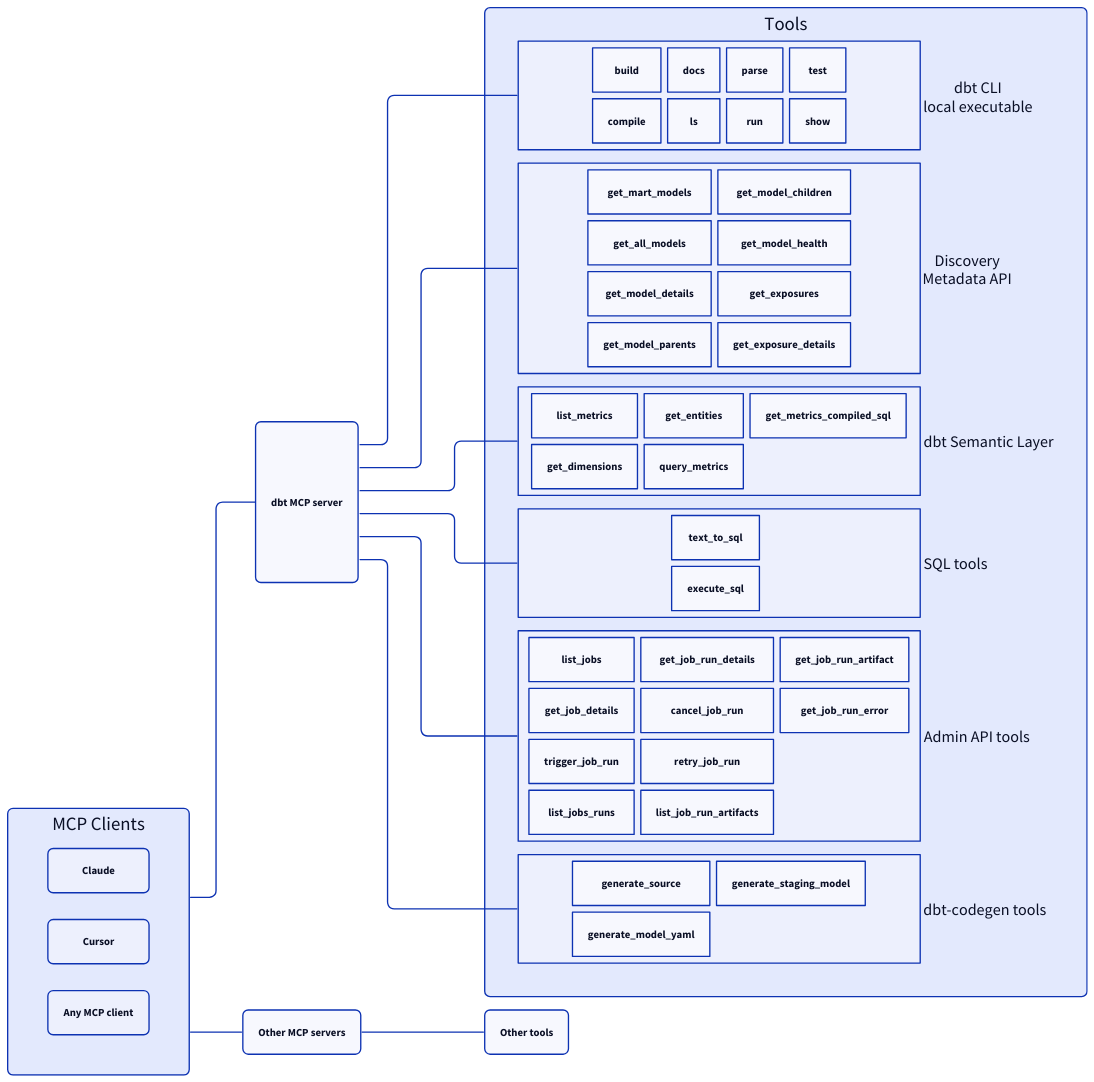
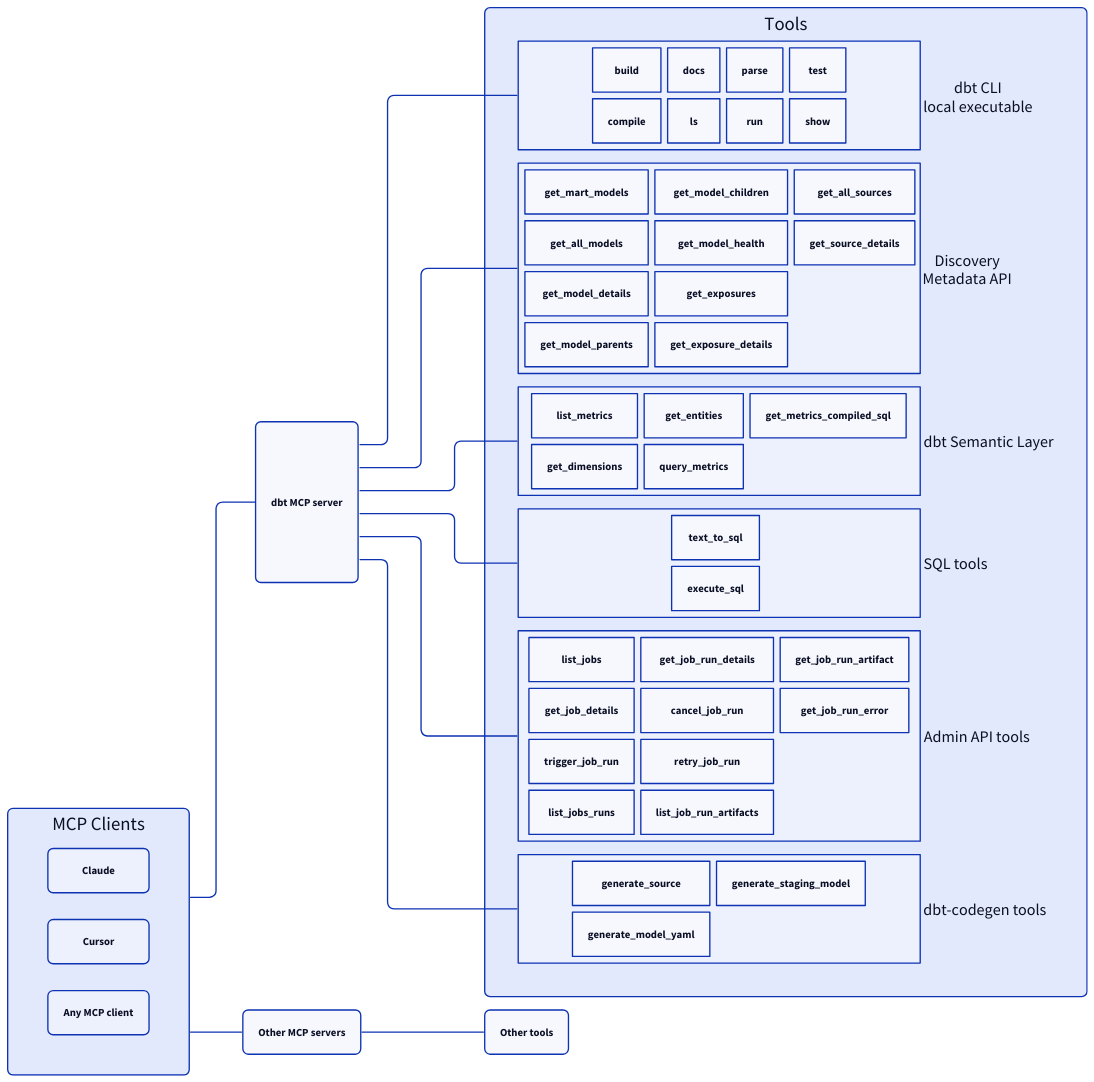
Before and after one commit to jairus-m/dbt-mcp: the diagram in docs/diagram.d2, drawn with D2. The commit also changed 2 other files, not shown here.

Commit message:
Update d2 diagram (#444)
## Summary
Adding new Discovery API tools to D2 diagram
- `get_all_sources`
- `get_source_details`

## Checklist
- [x] I have made corresponding changes to the documentation (in
https://github.com/dbt-labs/docs.getdbt.com) if required
  - [PR](https://github.com/dbt-labs/docs.getdbt.com/pull/8176)

```diff
--- a/docs/diagram.d2
+++ b/docs/diagram.d2
@@ -1,113 +1,115 @@
 vars: {
   d2-config: {
     layout-engine: elk
   }
 }
 
 direction: right
 *.style.border-radius: 8
 
 classes: {
   container: {
     grid-columns: 2
     grid-rows: 2
     grid-gap: 10
     width: 600
     *.style.border-radius: 8
   }
 
   big-container: {
     grid-columns: 2
     grid-rows: 4
     grid-gap: 10
     width: 600
     *.style.border-radius: 8
   }
 }
 
 mcp: dbt MCP server
 
 tools: Tools {
   cli: dbt CLI\nlocal executable {
     label.near: outside-right-center
     class: container
     build
     compile
     docs
     ls
     parse
     run
     test
     show
   }
 
   discovery: Discovery\nMetadata API {
     label.near: outside-right-center
     class: big-container
     get_mart_models
     get_all_models
     get_model_details
     get_model_parents
     get_model_children
     get_model_health
     get_exposures
     get_exposure_details
+    get_all_sources
+    get_source_details
   }
 
   sl: dbt Semantic Layer {
     label.near: outside-right-center
     class: container
     list_metrics
     get_dimensions
     get_entities
     query_metrics
     get_metrics_compiled_sql
   }
 
   sql: SQL tools {
     label.near: outside-right-center
     class: container
     text_to_sql
     execute_sql
   }
 
   admin: Admin API tools {
     label.near: outside-right-center
     class: big-container
     list_jobs
     get_job_details
     trigger_job_run
     list_jobs_runs
     get_job_run_details
     cancel_job_run
     retry_job_run
     list_job_run_artifacts
     get_job_run_artifact
     get_job_run_error
   }
 
   codegen: dbt-codegen tools {
     label.near: outside-right-center
     class: container
     generate_source
     generate_model_yaml
     generate_staging_model
   }
 }
 
 mcp -- tools.*
 
 clients: MCP Clients {
   grid-columns: 1
   *.style.border-radius: 8
   Claude
   Cursor
   mcp_clients: Any MCP client
 }
 
 other_mcp: Other MCP servers
 other_tools: Other tools
 
 clients -- mcp
 clients -- other_mcp
 other_mcp -- other_tools
```
